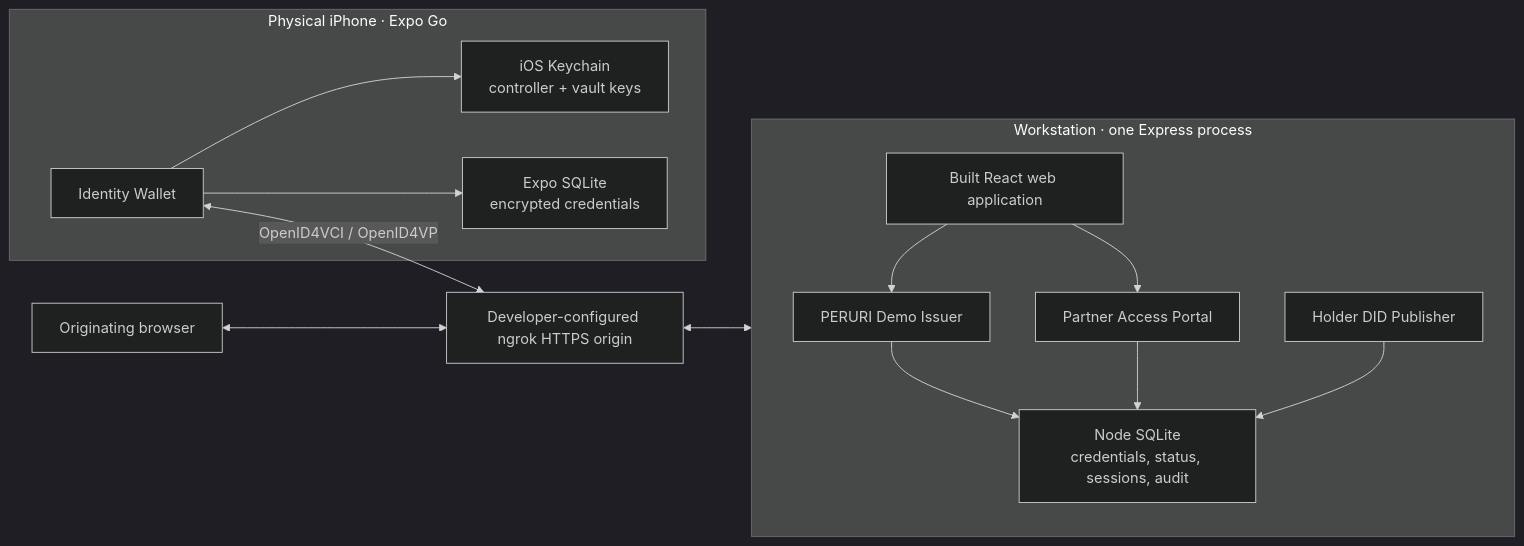
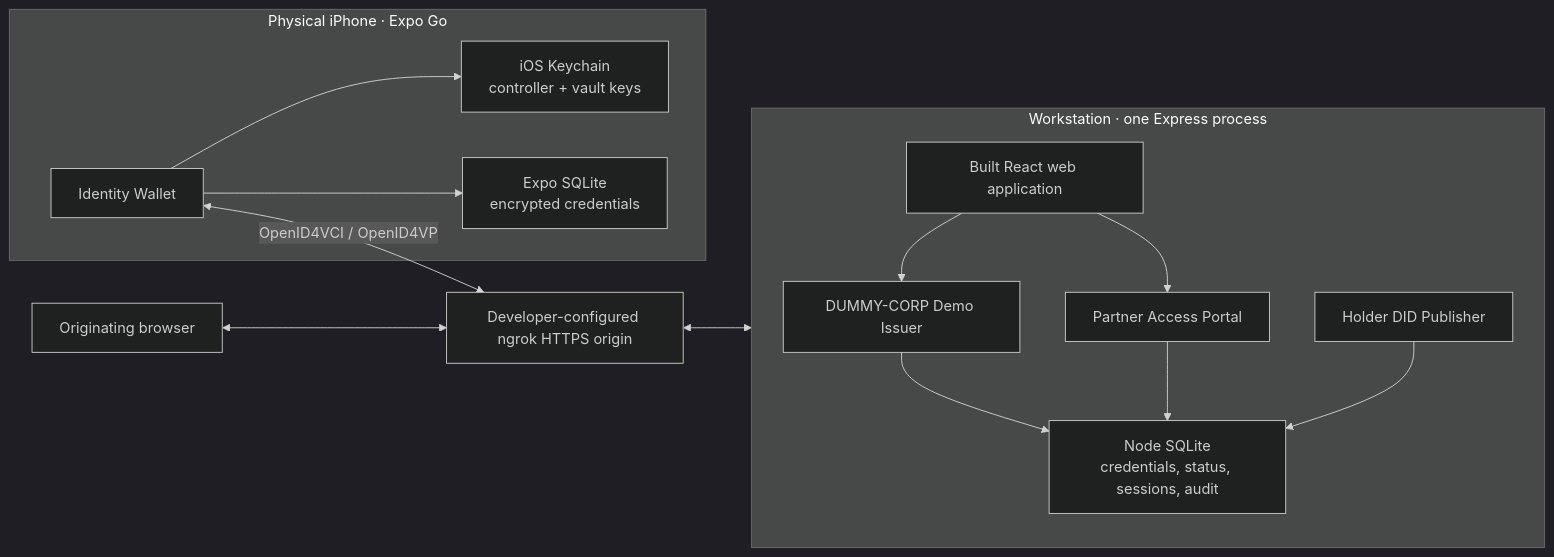
Before and after one commit to ahsanmubariz/did-demo: the diagram in README.md, drawn with Mermaid (dark theme). The commit also changed other lines of this file and 12 other files, not shown here.

````diff
--- a/README.md
+++ b/README.md
@@ -74,28 +74,28 @@
 ```mermaid
 flowchart LR
     subgraph iPhone["Physical iPhone · Expo Go"]
         Wallet["Identity Wallet"]
         Keychain["iOS Keychain\ncontroller + vault keys"]
         Vault["Expo SQLite\nencrypted credentials"]
         Wallet --> Keychain
         Wallet --> Vault
     end
 
     subgraph Workstation["Workstation · one Express process"]
-        Issuer["PERURI Demo Issuer"]
+        Issuer["DUMMY-CORP Demo Issuer"]
         RP["Partner Access Portal"]
         Publisher["Holder DID Publisher"]
         DB["Node SQLite\ncredentials, status, sessions, audit"]
         Web["Built React web application"]
         Issuer --> DB
         RP --> DB
         Publisher --> DB
         Web --> Issuer
         Web --> RP
     end
 
     Ngrok["Developer-configured ngrok HTTPS origin"]
     Wallet <-->|"OpenID4VCI / OpenID4VP"| Ngrok
     Ngrok <--> Workstation
     Browser["Originating browser"] <--> Ngrok
 ```
````
